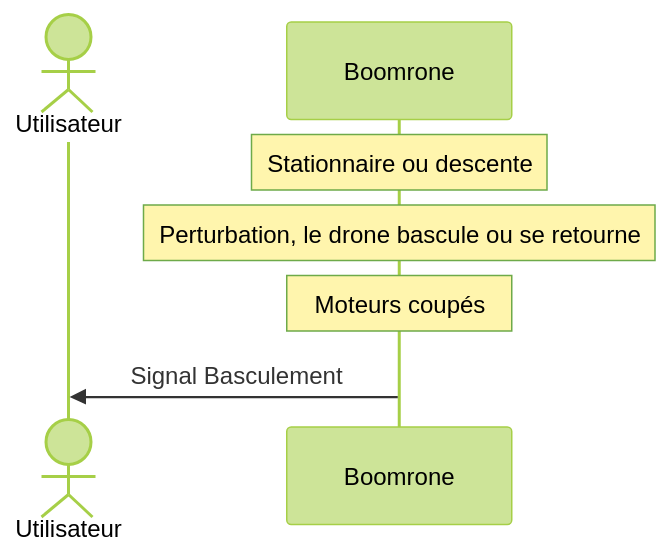
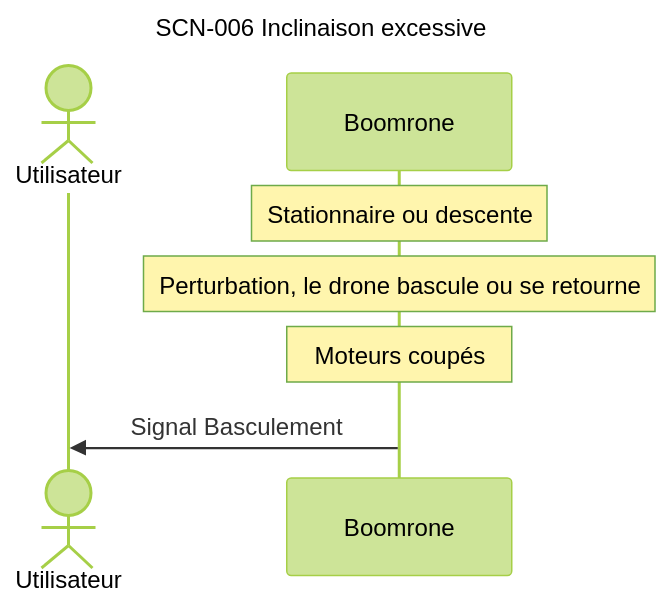
The eighth of 13 diagrams in projets/boomrone/00-scenarios.md (thourymatthieu-png/coworker_archi_system), drawn with Mermaid (forest theme) before and after one commit. The commit also changed other lines of this file and 3 other files, not shown here.

````diff
--- a/projets/boomrone/00-scenarios.md
+++ b/projets/boomrone/00-scenarios.md
@@ -225,9 +271,12 @@
 ```mermaid
+---
+title: "SCN-006 Inclinaison excessive"
+---
 sequenceDiagram
     actor U as Utilisateur
     participant D as Boomrone
     Note over D: Stationnaire ou descente
     Note over D: Perturbation, le drone bascule ou se retourne
     Note over D: Moteurs coupés
     D->>U: Signal Basculement
 ```
````
